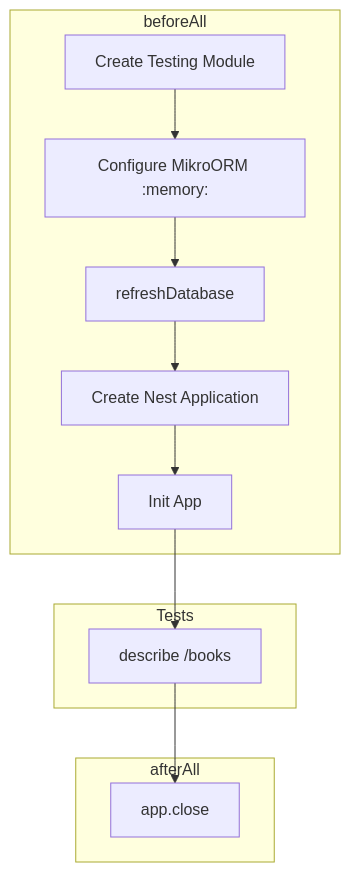
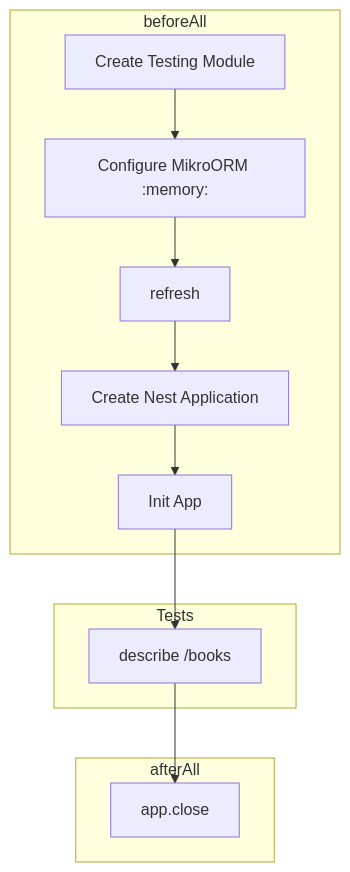
One commit to Agustin-Perezz/scaffold-nestjs changed the second of 2 diagrams in docs/07_TESTING.md. Above: the diagram before and after it, drawn with Mermaid. The commit also changed other lines of this file and 5 other files, not shown here.

````diff
--- a/docs/07_TESTING.md
+++ b/docs/07_TESTING.md
@@ -55,22 +65,22 @@
 ```mermaid
 graph TD
     subgraph beforeAll
         A1[Create Testing Module]
         A2[Configure MikroORM :memory:]
-        A3[refreshDatabase]
+        A3[refresh]
         A4[Create Nest Application]
         A5[Init App]
     end
 
     subgraph Tests
         B1[describe /books]
     end
 
     subgraph afterAll
         C1[app.close]
     end
 
     A1 --> A2 --> A3 --> A4 --> A5
     A5 --> B1
     B1 --> C1
 ```
````
